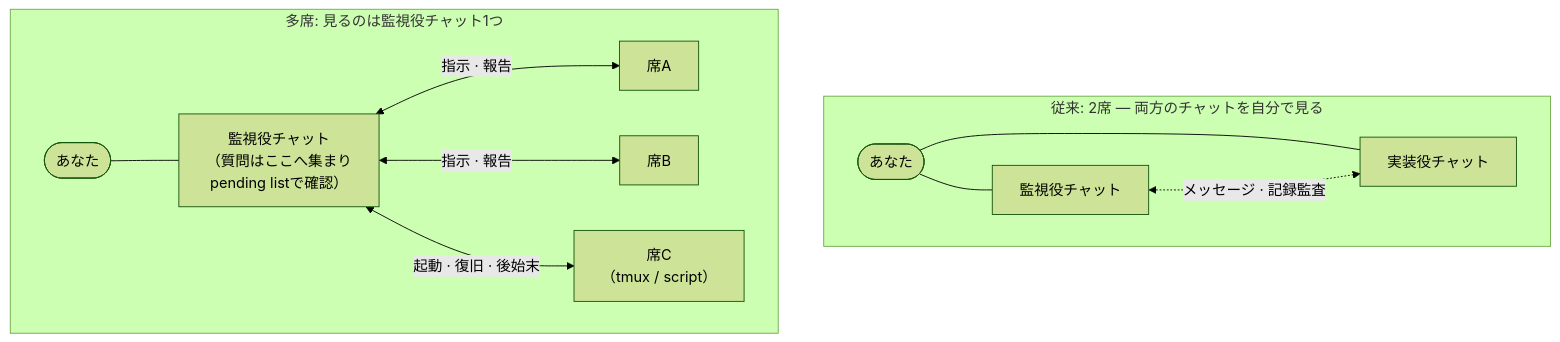
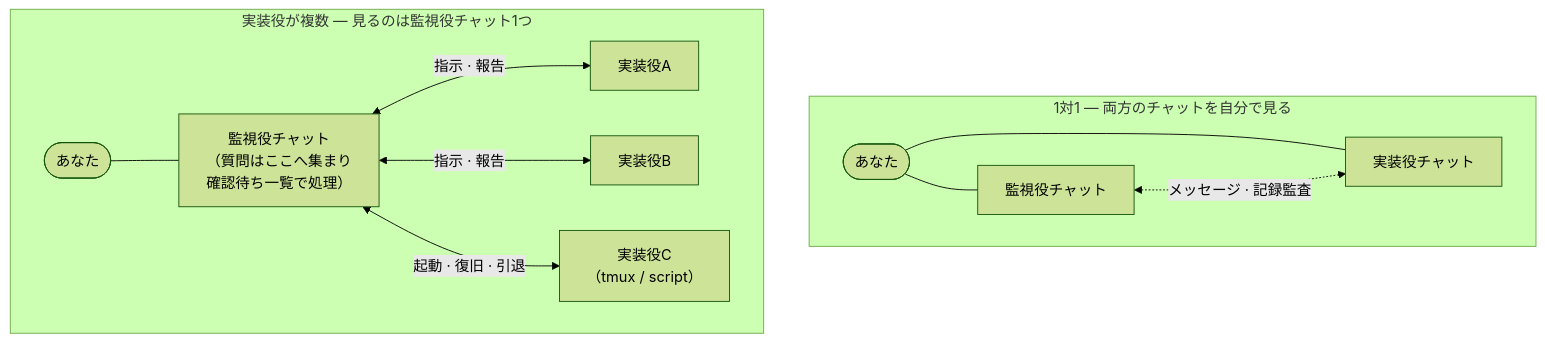
One commit to inakaegg/pair-watch changed the second of 2 diagrams in README.ja.md. Above: the diagram before and after it, drawn with Mermaid (forest theme). The commit also changed other lines of this file and 1 other file, not shown here.

````diff
--- a/README.ja.md
+++ b/README.ja.md
@@ -53,16 +61,16 @@
 ```mermaid
 flowchart TB
-    subgraph classic["従来: 2席 — 両方のチャットを自分で見る"]
+    subgraph classic["1対1 — 両方のチャットを自分で見る"]
         direction LR
         U1([あなた]) --- W1["監視役チャット"]
         U1 --- I1["実装役チャット"]
         W1 <-.->|"メッセージ · 記録監査"| I1
     end
-    subgraph multi["多席: 見るのは監視役チャット1つ"]
+    subgraph multi["実装役が複数 — 見るのは監視役チャット1つ"]
         direction LR
-        U2([あなた]) --- W2["監視役チャット<br/>（質問はここへ集まり<br/>pending listで確認）"]
-        W2 <-->|"指示 · 報告"| A["席A"]
-        W2 <-->|"指示 · 報告"| B["席B"]
-        W2 <-->|"起動 · 復旧 · 後始末"| C["席C<br/>（tmux / script）"]
+        U2([あなた]) --- W2["監視役チャット<br/>（質問はここへ集まり<br/>確認待ち一覧で処理）"]
+        W2 <-->|"指示 · 報告"| A["実装役A"]
+        W2 <-->|"指示 · 報告"| B["実装役B"]
+        W2 <-->|"起動 · 復旧 · 引退"| C["実装役C<br/>（tmux / script）"]
     end
 ```
````
